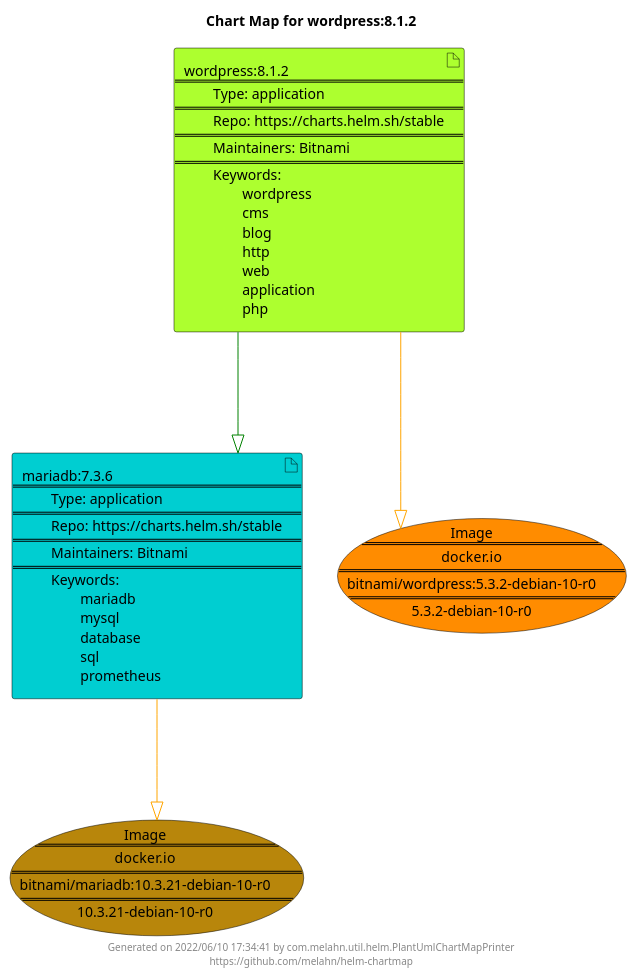
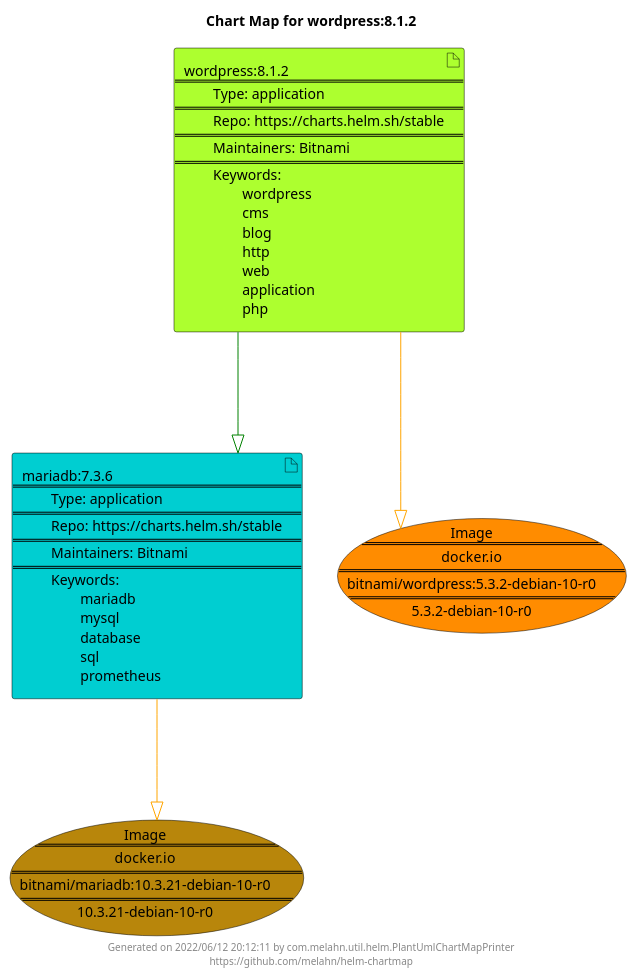
One commit to melahn/helm-chartmap changed the diagram in docs/wordpress/wordpress-8.1.2.puml. Above: the diagram before and after it, drawn with PlantUML. The commit also changed 59 other files, not shown here.

Commit message:
Update Example Chart Maps as part of GitHub build

```diff
--- a/docs/wordpress/wordpress-8.1.2.puml
+++ b/docs/wordpress/wordpress-8.1.2.puml
@@ -1,25 +1,25 @@
 @startuml
 skinparam linetype ortho
 skinparam backgroundColor white
 skinparam usecaseBorderColor black
 skinparam usecaseArrowColor LightSlateGray
 skinparam artifactBorderColor black
 skinparam artifactArrowColor LightSlateGray
 
 title Chart Map for wordpress:8.1.2
 
 'There are 2 referenced Helm Charts
 artifact "mariadb:7.3.6\n====\n\tType: application\n====\n\tRepo: https://charts.helm.sh/stable\n====\n\tMaintainers: Bitnami\n====\n\tKeywords: \n\t\tmariadb\n\t\tmysql\n\t\tdatabase\n\t\tsql\n\t\tprometheus" as mariadb_7_3_6 #DarkTurquoise
 artifact "wordpress:8.1.2\n====\n\tType: application\n====\n\tRepo: https://charts.helm.sh/stable\n====\n\tMaintainers: Bitnami\n====\n\tKeywords: \n\t\twordpress\n\t\tcms\n\t\tblog\n\t\thttp\n\t\tweb\n\t\tapplication\n\t\tphp" as wordpress_8_1_2 #GreenYellow
 
 'There are 2 referenced Docker Images
 usecase "Image\n====\ndocker.io\n====\nbitnami/mariadb:10.3.21-debian-10-r0\n====\n10.3.21-debian-10-r0" as docker_io_bitnami_mariadb_10_3_21_debian_10_r0 #DarkGoldenRod
 usecase "Image\n====\ndocker.io\n====\nbitnami/wordpress:5.3.2-debian-10-r0\n====\n5.3.2-debian-10-r0" as docker_io_bitnami_wordpress_5_3_2_debian_10_r0 #Darkorange
 
 'Chart Dependencies
 wordpress_8_1_2--[#green]-|>mariadb_7_3_6
 mariadb_7_3_6--[#orange]-|>docker_io_bitnami_mariadb_10_3_21_debian_10_r0
 wordpress_8_1_2--[#orange]-|>docker_io_bitnami_wordpress_5_3_2_debian_10_r0
 
-center footer Generated on 2022/06/10 17:34:41 by com.melahn.util.helm.PlantUmlChartMapPrinter\nhttps://github.com/melahn/helm-chartmap
+center footer Generated on 2022/06/12 20:12:11 by com.melahn.util.helm.PlantUmlChartMapPrinter\nhttps://github.com/melahn/helm-chartmap
 @enduml
```
